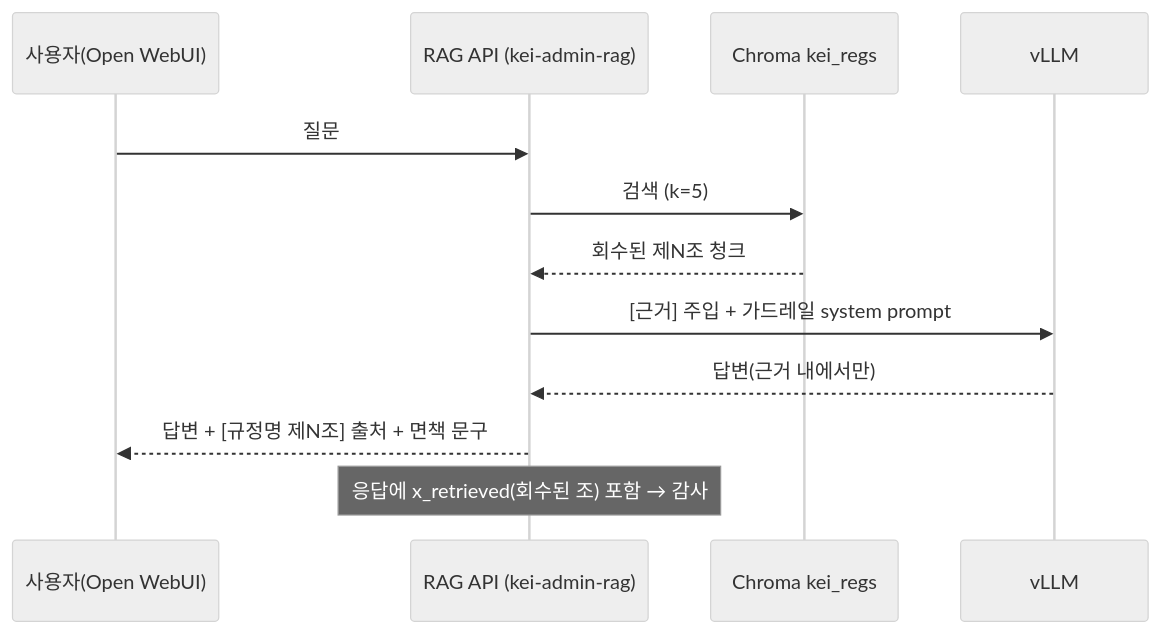
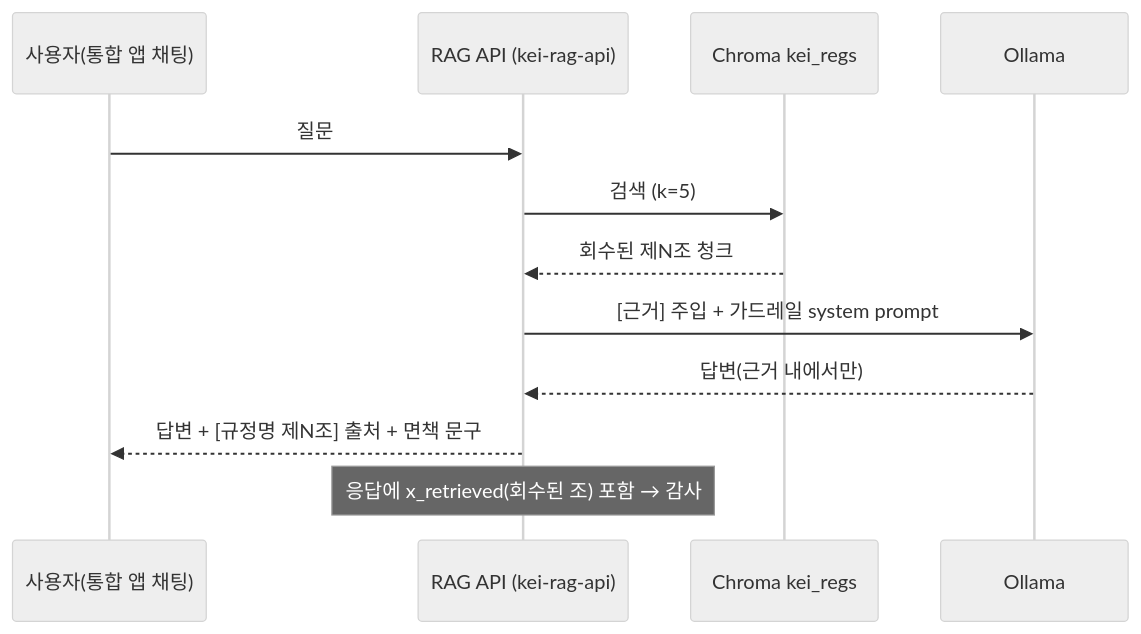
One commit to mooner92/KEIAdminSuperv changed the third of 5 diagrams in docs/07-security-governance.md. Above: the diagram before and after it, drawn with Mermaid (neutral theme). The commit also changed other lines of this file and 13 other files, not shown here.

````diff
--- a/docs/07-security-governance.md
+++ b/docs/07-security-governance.md
@@ -115,14 +122,14 @@
 ```mermaid
 sequenceDiagram
-    participant U as 사용자(Open WebUI)
-    participant A as RAG API (kei-admin-rag)
+    participant U as 사용자(통합 앱 채팅)
+    participant A as RAG API (kei-rag-api)
     participant V as Chroma kei_regs
-    participant L as vLLM
+    participant L as Ollama
     U->>A: 질문
     A->>V: 검색 (k=5)
     V-->>A: 회수된 제N조 청크
     A->>L: [근거] 주입 + 가드레일 system prompt
     L-->>A: 답변(근거 내에서만)
     A-->>U: 답변 + [규정명 제N조] 출처 + 면책 문구
     Note over A: 응답에 x_retrieved(회수된 조) 포함 → 감사
 ```
````
